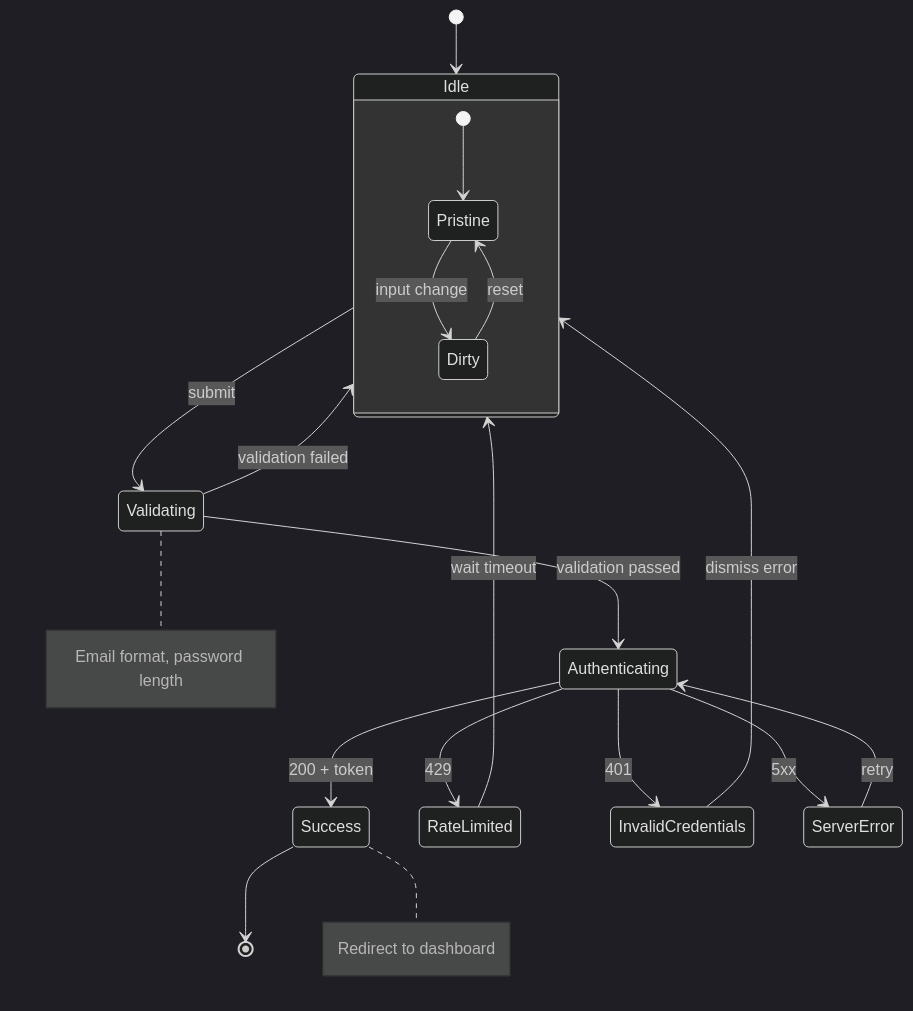
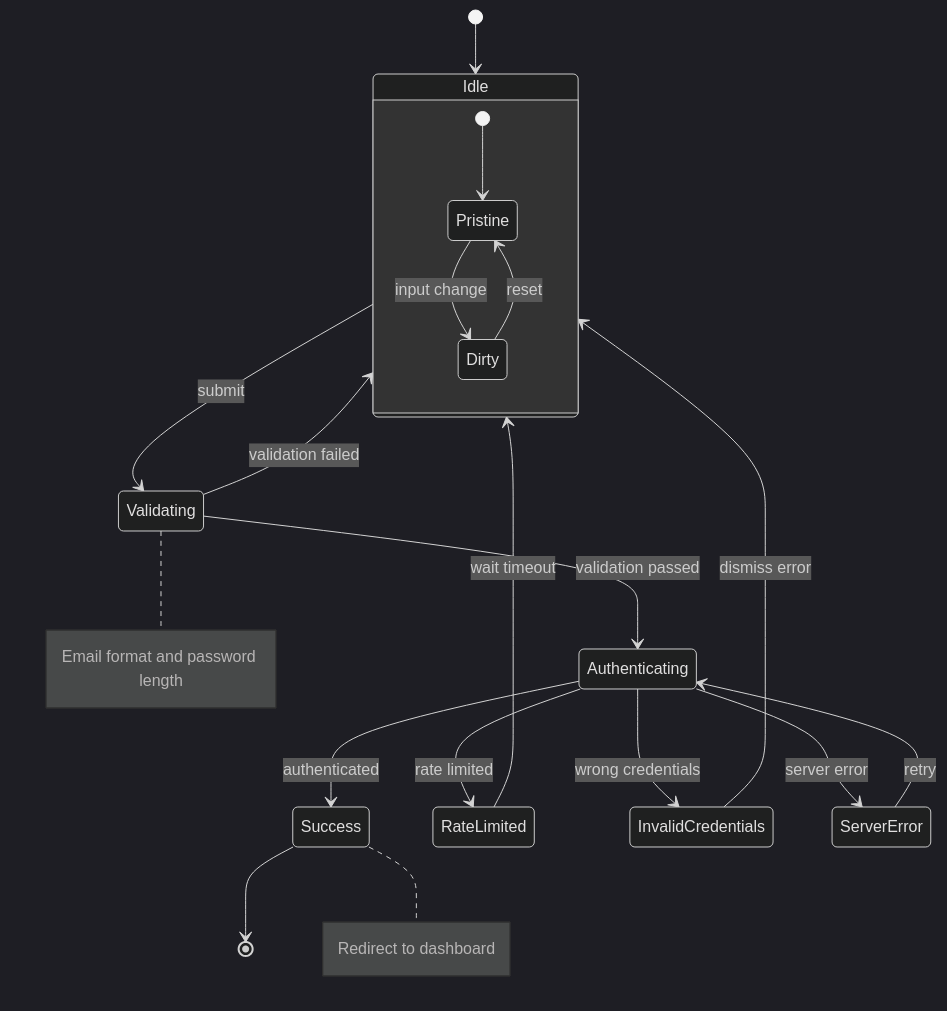
Before and after one commit to jjeremycai/claudekit: the fifth of 5 diagrams in skills/state-diagram/SKILL.md, drawn with Mermaid (dark theme). The commit also changed other lines of this file and 1 other file, not shown here.

First line of the commit message:
fix: require full nested thread history in email drafts

````diff
--- a/skills/state-diagram/SKILL.md
+++ b/skills/state-diagram/SKILL.md
@@ -192,28 +263,28 @@
 ```mermaid
 stateDiagram-v2
     [*] --> Idle
 
     state Idle {
         [*] --> Pristine
         Pristine --> Dirty : input change
         Dirty --> Pristine : reset
     }
 
     Idle --> Validating : submit
-    note right of Validating : Email format, password length
+    note right of Validating : Email format and password length
 
     Validating --> Idle : validation failed
     Validating --> Authenticating : validation passed
 
-    Authenticating --> Success : 200 + token
-    Authenticating --> RateLimited : 429
-    Authenticating --> InvalidCredentials : 401
-    Authenticating --> ServerError : 5xx
+    Authenticating --> Success : authenticated
+    Authenticating --> RateLimited : rate limited
+    Authenticating --> InvalidCredentials : wrong credentials
+    Authenticating --> ServerError : server error
 
     InvalidCredentials --> Idle : dismiss error
     ServerError --> Authenticating : retry
     RateLimited --> Idle : wait timeout
 
     Success --> [*]
     note right of Success : Redirect to dashboard
 ```
````
